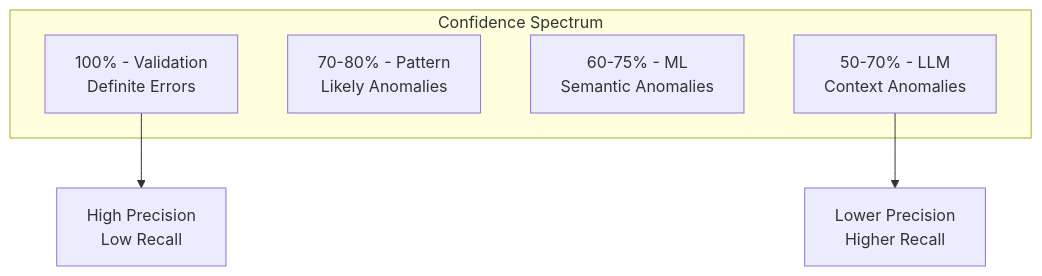
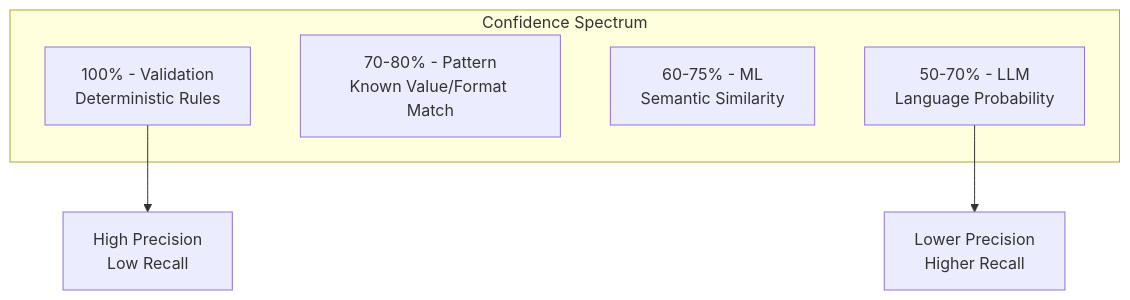
One commit to xafron-bv/data-quality-monitoring changed the third of 5 diagrams in docs/consolidated/theoretical-approach.md. Above: the diagram before and after it, drawn with Mermaid. The commit also changed other lines of this file and 7 other files, not shown here.

````diff
--- a/docs/consolidated/theoretical-approach.md
+++ b/docs/consolidated/theoretical-approach.md
@@ -284,12 +398,12 @@
 ```mermaid
 graph TD
     subgraph "Confidence Spectrum"
-        A[100% - Validation<br/>Definite Errors]
-        B[70-80% - Pattern<br/>Likely Anomalies]
-        C[60-75% - ML<br/>Semantic Anomalies]
-        D[50-70% - LLM<br/>Context Anomalies]
+        A[100% - Validation<br/>Deterministic Rules]
+        B[70-80% - Pattern<br/>Known Value/Format Match]
+        C[60-75% - ML<br/>Semantic Similarity]
+        D[50-70% - LLM<br/>Language Probability]
     end
     
     A --> E[High Precision<br/>Low Recall]
     D --> F[Lower Precision<br/>Higher Recall]
 ```
````
